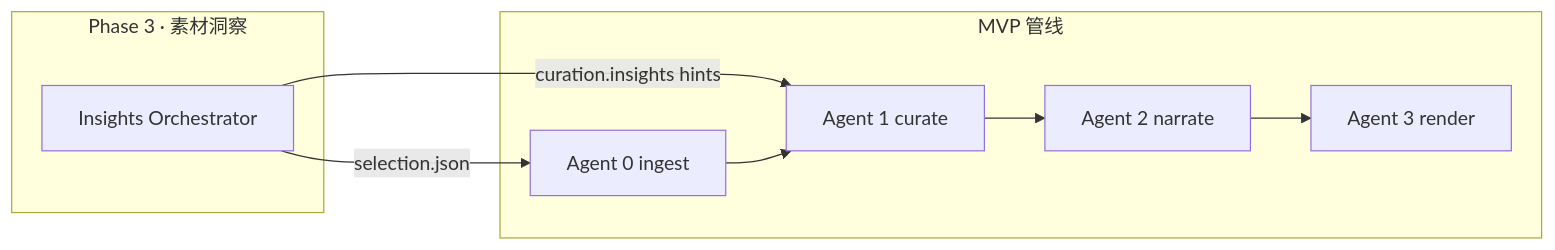
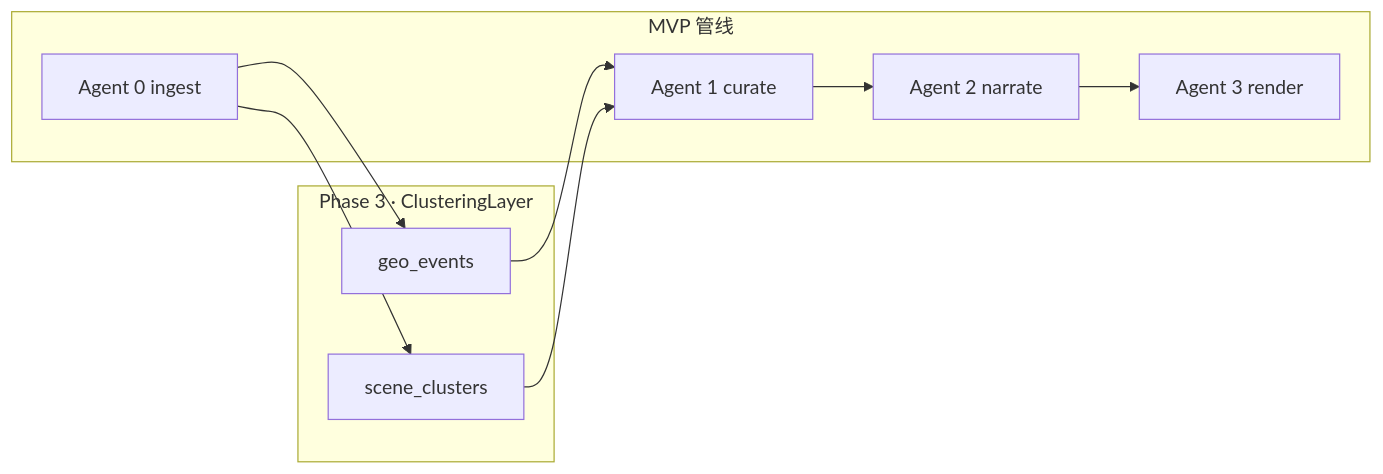
The second of 3 diagrams in docs/PRD-PHASE3.md (warclover/travelogue), drawn with Mermaid before and after one commit. The commit also changed other lines of this file and 26 other files, not shown here.

````diff
--- a/docs/PRD-PHASE3.md
+++ b/docs/PRD-PHASE3.md
@@ -572,15 +657,18 @@
 ```mermaid
 flowchart LR
-  subgraph phase3 [Phase 3 · 素材洞察]
-    I0[Insights Orchestrator]
+  subgraph phase3 [Phase 3 · ClusteringLayer]
+    GEO[geo_events]
+    SCE[scene_clusters]
   end
   subgraph mvp [MVP 管线]
     A0[Agent 0 ingest]
     A1[Agent 1 curate]
     A2[Agent 2 narrate]
     A3[Agent 3 render]
   end
-  I0 -->|selection.json| A0
-  I0 -->|curation.insights hints| A1
-  A0 --> A1 --> A2 --> A3
+  A0 --> GEO
+  A0 --> SCE
+  GEO --> A1
+  SCE --> A1
+  A1 --> A2 --> A3
 ```
````
